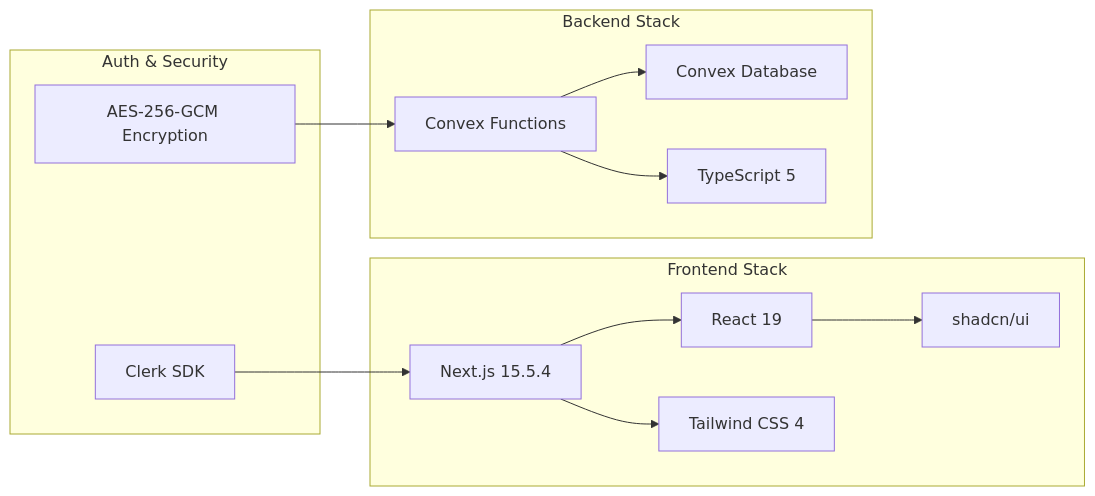
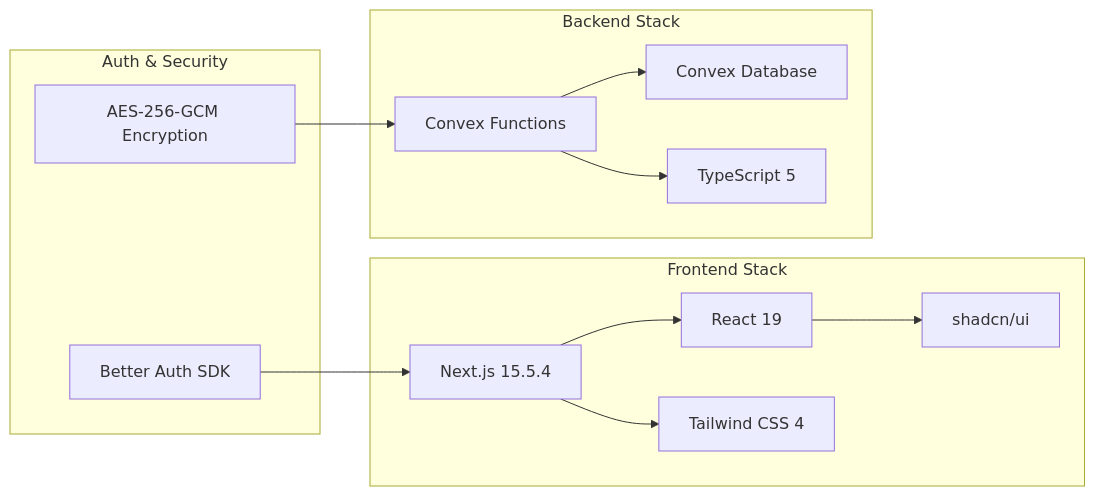
One commit to robertguss/social_post changed the second of 22 diagrams in docs/ARCHITECTURE_DIAGRAMS.md. Above: the diagram before and after it, drawn with Mermaid. The commit also changed other lines of this file and 32 other files, not shown here.

Commit message:
update references to Clerk to Better Auth

````diff
--- a/docs/ARCHITECTURE_DIAGRAMS.md
+++ b/docs/ARCHITECTURE_DIAGRAMS.md
@@ -70,30 +70,30 @@
 ```mermaid
 graph LR
     subgraph "Frontend Stack"
         NextJS[Next.js 15.5.4]
         React[React 19]
         TailwindCSS[Tailwind CSS 4]
         ShadcnUI[shadcn/ui]
     end
 
     subgraph "Backend Stack"
         ConvexDB[Convex Database]
         ConvexFunctions[Convex Functions]
         TypeScript[TypeScript 5]
     end
 
     subgraph "Auth & Security"
-        ClerkSDK[Clerk SDK]
+        BetterAuthSDK[Better Auth SDK]
         AES[AES-256-GCM Encryption]
     end
 
     NextJS --> React
     NextJS --> TailwindCSS
     React --> ShadcnUI
 
     ConvexFunctions --> ConvexDB
     ConvexFunctions --> TypeScript
 
-    ClerkSDK --> NextJS
+    BetterAuthSDK --> NextJS
     AES --> ConvexFunctions
 ```
````
